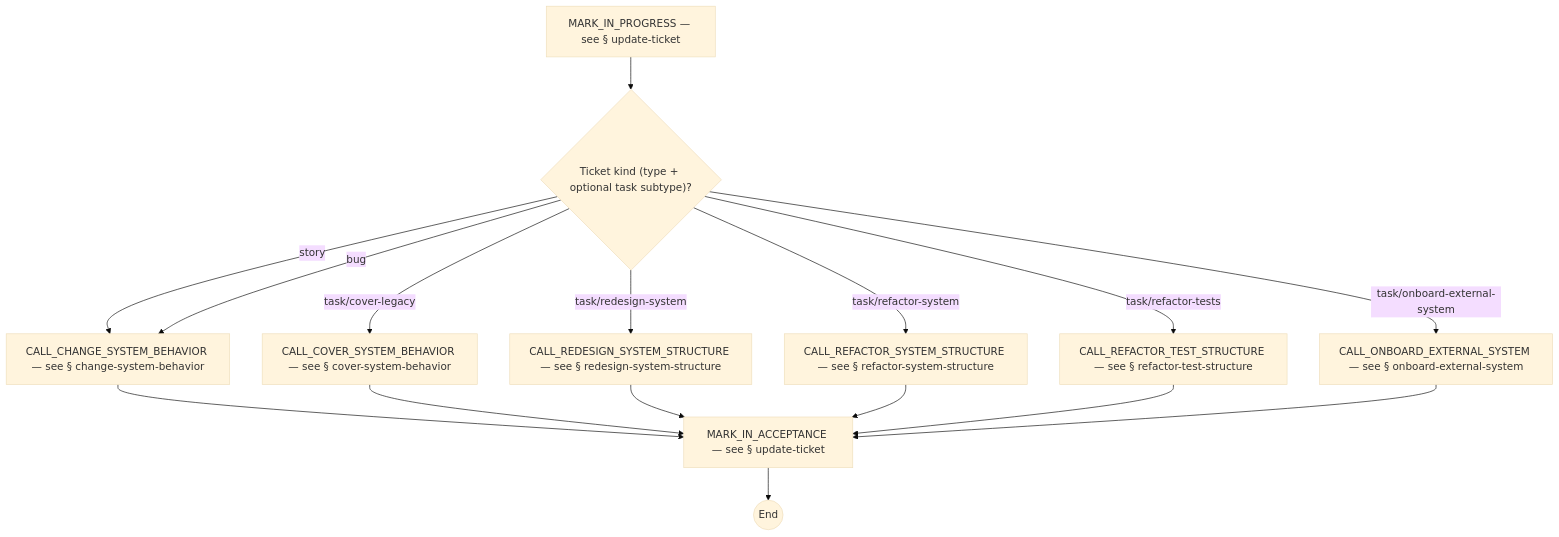
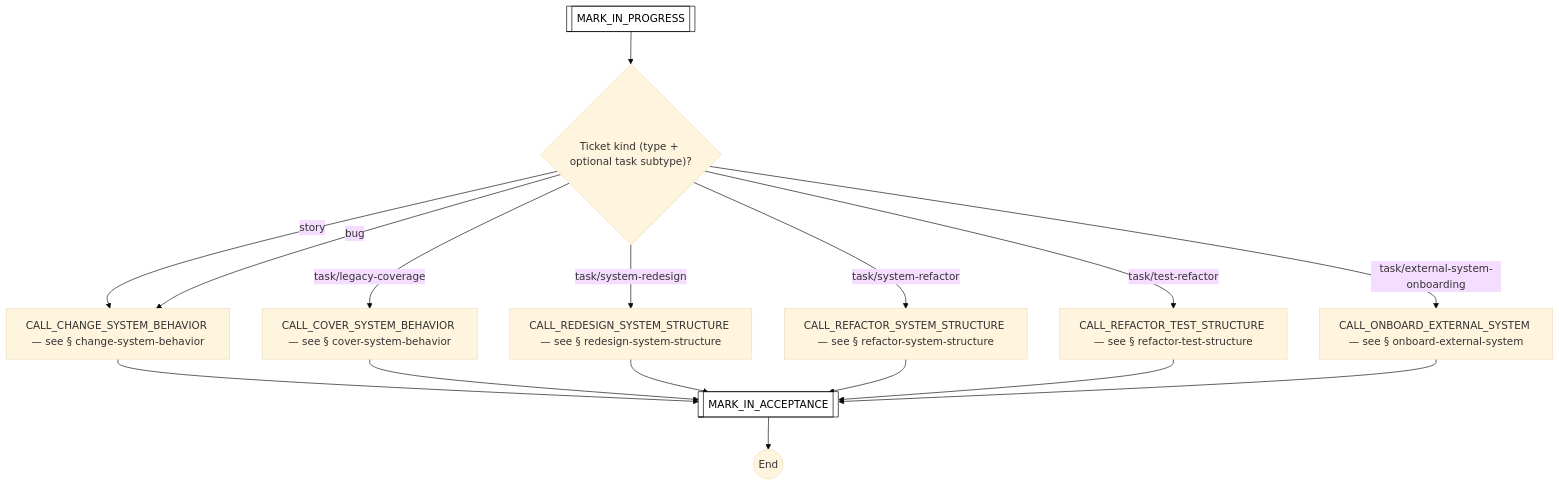
Before and after one commit to optivem/gh-optivem: the fourth of 50 diagrams in docs/process-diagram.md, drawn with Mermaid (base theme). The commit also changed other lines of this file, not shown here.

First line of the commit message:
docs: regenerate process-flow diagram after subtype rename

````diff
--- a/docs/process-diagram.md
+++ b/docs/process-diagram.md
@@ -74,29 +77,32 @@
 ```mermaid
 flowchart TD
     CALL_CHANGE_SYSTEM_BEHAVIOR[CALL_CHANGE_SYSTEM_BEHAVIOR — see § change-system-behavior]
     CALL_COVER_SYSTEM_BEHAVIOR[CALL_COVER_SYSTEM_BEHAVIOR — see § cover-system-behavior]
     CALL_ONBOARD_EXTERNAL_SYSTEM[CALL_ONBOARD_EXTERNAL_SYSTEM — see § onboard-external-system]
     CALL_REDESIGN_SYSTEM_STRUCTURE[CALL_REDESIGN_SYSTEM_STRUCTURE — see § redesign-system-structure]
     CALL_REFACTOR_SYSTEM_STRUCTURE[CALL_REFACTOR_SYSTEM_STRUCTURE — see § refactor-system-structure]
     CALL_REFACTOR_TEST_STRUCTURE[CALL_REFACTOR_TEST_STRUCTURE — see § refactor-test-structure]
     GATE_TICKET_KIND{"Ticket kind (type + optional task subtype)?"}
     IMPLEMENT_TICKET_END((End))
-    MARK_IN_ACCEPTANCE[MARK_IN_ACCEPTANCE — see § update-ticket]
-    MARK_IN_PROGRESS[MARK_IN_PROGRESS — see § update-ticket]
+    MARK_IN_ACCEPTANCE[[MARK_IN_ACCEPTANCE]]
+    MARK_IN_PROGRESS[[MARK_IN_PROGRESS]]
 
     MARK_IN_PROGRESS --> GATE_TICKET_KIND
     GATE_TICKET_KIND -- story --> CALL_CHANGE_SYSTEM_BEHAVIOR
     GATE_TICKET_KIND -- bug --> CALL_CHANGE_SYSTEM_BEHAVIOR
-    GATE_TICKET_KIND -- task/cover-legacy --> CALL_COVER_SYSTEM_BEHAVIOR
-    GATE_TICKET_KIND -- task/redesign-system --> CALL_REDESIGN_SYSTEM_STRUCTURE
-    GATE_TICKET_KIND -- task/refactor-system --> CALL_REFACTOR_SYSTEM_STRUCTURE
-    GATE_TICKET_KIND -- task/refactor-tests --> CALL_REFACTOR_TEST_STRUCTURE
-    GATE_TICKET_KIND -- task/onboard-external-system --> CALL_ONBOARD_EXTERNAL_SYSTEM
+    GATE_TICKET_KIND -- task/legacy-coverage --> CALL_COVER_SYSTEM_BEHAVIOR
+    GATE_TICKET_KIND -- task/system-redesign --> CALL_REDESIGN_SYSTEM_STRUCTURE
+    GATE_TICKET_KIND -- task/system-refactor --> CALL_REFACTOR_SYSTEM_STRUCTURE
+    GATE_TICKET_KIND -- task/test-refactor --> CALL_REFACTOR_TEST_STRUCTURE
+    GATE_TICKET_KIND -- task/external-system-onboarding --> CALL_ONBOARD_EXTERNAL_SYSTEM
     CALL_CHANGE_SYSTEM_BEHAVIOR --> MARK_IN_ACCEPTANCE
     CALL_COVER_SYSTEM_BEHAVIOR --> MARK_IN_ACCEPTANCE
     CALL_REDESIGN_SYSTEM_STRUCTURE --> MARK_IN_ACCEPTANCE
     CALL_REFACTOR_SYSTEM_STRUCTURE --> MARK_IN_ACCEPTANCE
     CALL_REFACTOR_TEST_STRUCTURE --> MARK_IN_ACCEPTANCE
     CALL_ONBOARD_EXTERNAL_SYSTEM --> MARK_IN_ACCEPTANCE
     MARK_IN_ACCEPTANCE --> IMPLEMENT_TICKET_END
+
+    classDef serviceNode fill:#ffffff,stroke:#000000,stroke-width:1px,color:#000000
+    class MARK_IN_ACCEPTANCE,MARK_IN_PROGRESS serviceNode
 ```
````
